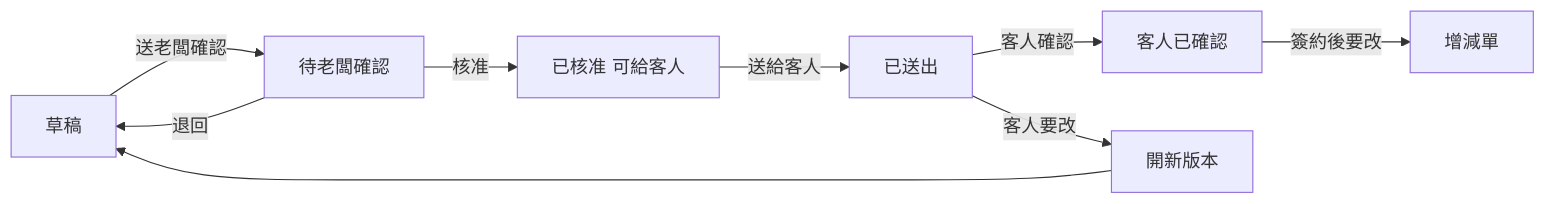
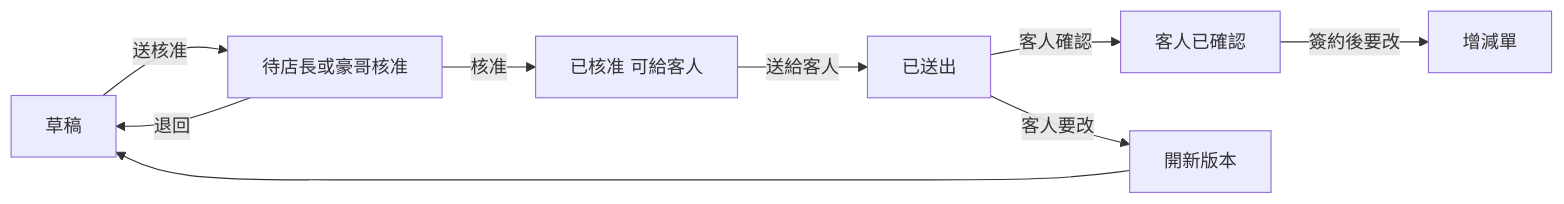
The third of 4 diagrams in docs/SPEC-報價系統.md (nephi4377/liff-checkin), drawn with Mermaid before and after one commit. The commit also changed other lines of this file, not shown here.

````diff
--- a/docs/SPEC-報價系統.md
+++ b/docs/SPEC-報價系統.md
@@ -439,11 +451,11 @@
 ```mermaid
 flowchart LR
-  A[草稿] -->|送老闆確認| B[待老闆確認]
+  A[草稿] -->|送核准| B[待店長或豪哥核准]
   B -->|退回| A
   B -->|核准| C[已核准 可給客人]
   C -->|送給客人| D[已送出]
   D -->|客人確認| E[客人已確認]
   D -->|客人要改| F[開新版本]
   E -->|簽約後要改| G[增減單]
   F --> A
 ```
````
